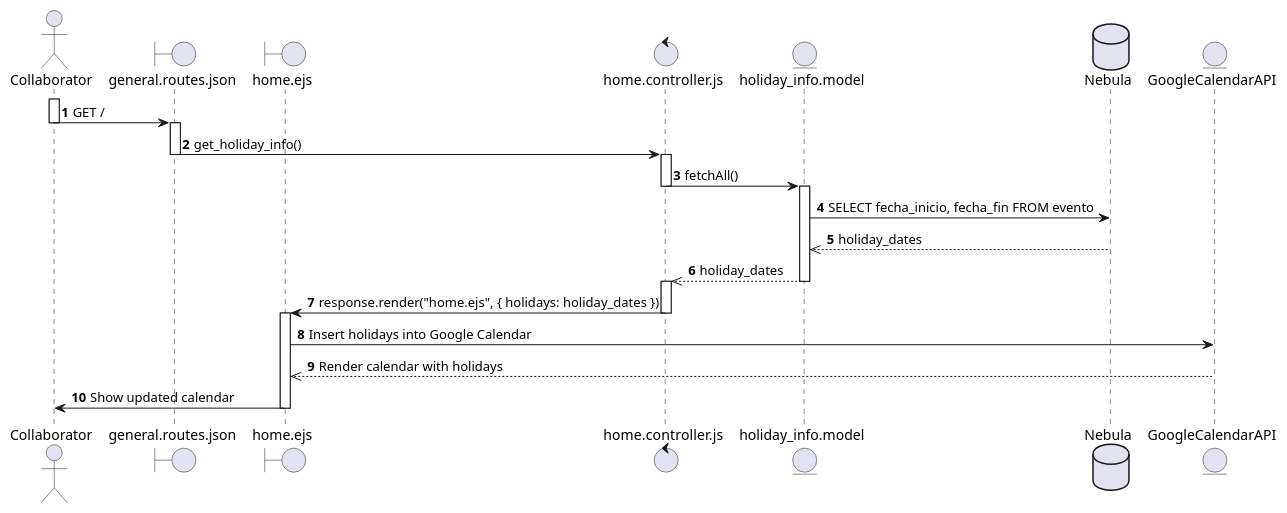
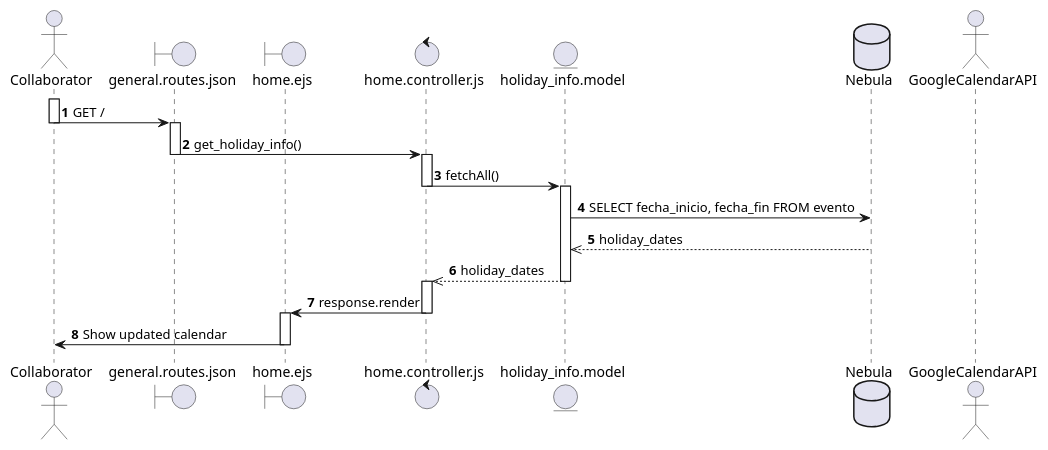
Before and after one commit to SALV19/Nebula_tc2005b: the diagram in diagramas_secuencia/req7_check_holiday_info.puml, drawn with PlantUML.

Commit message:
[UPDATE] uml sequence diagram

```diff
--- a/diagramas_secuencia/req7_check_holiday_info.puml
+++ b/diagramas_secuencia/req7_check_holiday_info.puml
@@ -1,41 +1,39 @@
 @startuml REQ_7
 autonumber
 actor Collaborator as C 
 boundary general.routes.json as Route
 boundary home.ejs as home
 control home.controller.js as HController
 entity holiday_info.model as HModel
 database Nebula as db
-entity GoogleCalendarAPI as GoogleAPI
+actor GoogleCalendarAPI as GoogleAPI
 
 ' --- Consultar días feriados desde la BD ---
 activate C
 C -> Route : GET /
 deactivate C 
 
 activate Route
 Route -> HController : get_holiday_info()
 deactivate Route
 
 activate HController
 HController -> HModel : fetchAll()
 deactivate HController
 
 activate HModel 
 HModel -> db : SELECT fecha_inicio, fecha_fin FROM evento
 db -->> HModel : holiday_dates
 HModel -->> HController : holiday_dates
 deactivate HModel
 
 activate HController
-HController -> home : response.render("home.ejs", { holidays: holiday_dates })
+HController -> home : response.render
 deactivate HController
 
 ' --- Mostrar datos en Google Calendar (Frontend) ---
 activate home
-home -> GoogleAPI : Insert holidays into Google Calendar 
-GoogleAPI -->> home : Render calendar with holidays
 home -> C : Show updated calendar
 deactivate home
 
 @enduml
```
